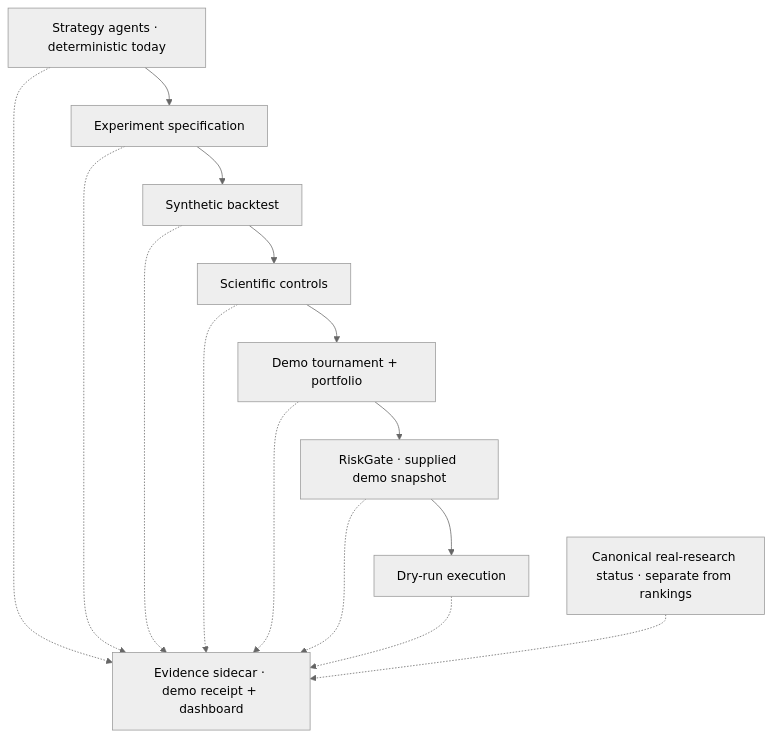
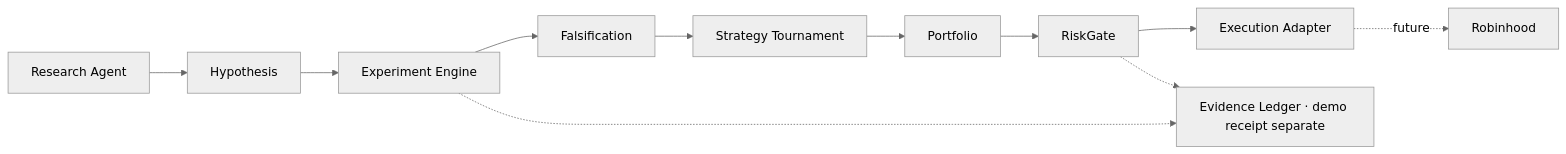
One commit to BruceGK/agentic-quant-lab changed the diagram in README.md. Above: the diagram before and after it, drawn with Mermaid (neutral theme). The commit also changed other lines of this file and 1 other file, not shown here.

Commit message:
Publish integrated offline demo and product documentation

````diff
--- a/README.md
+++ b/README.md
@@ -126,17 +141,13 @@
 ```mermaid
-flowchart TD
-    A["Strategy agents · deterministic today"] --> E["Experiment specification"]
-    E --> B["Synthetic backtest"]
-    B --> C["Scientific controls"]
-    C --> T["Demo tournament + portfolio"]
-    T --> R["RiskGate · supplied demo snapshot"]
-    R --> X["Dry-run execution"]
-    A -.-> S["Evidence sidecar · demo receipt + dashboard"]
-    E -.-> S
-    B -.-> S
-    C -.-> S
-    T -.-> S
-    R -.-> S
-    X -.-> S
-    P["Canonical real-research status · separate from rankings"] -.-> S
+flowchart LR
+    A["Research Agent"] --> H["Hypothesis"]
+    H --> E["Experiment Engine"]
+    E --> F["Falsification"]
+    F --> T["Strategy Tournament"]
+    T --> P["Portfolio"]
+    P --> R["RiskGate"]
+    R --> X["Execution Adapter"]
+    X -. future .-> B["Robinhood"]
+    E -.-> L["Evidence Ledger · demo receipt separate"]
+    R -.-> L
 ```
````
